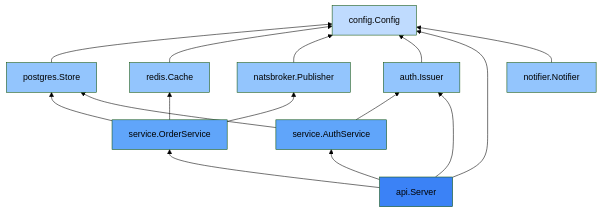
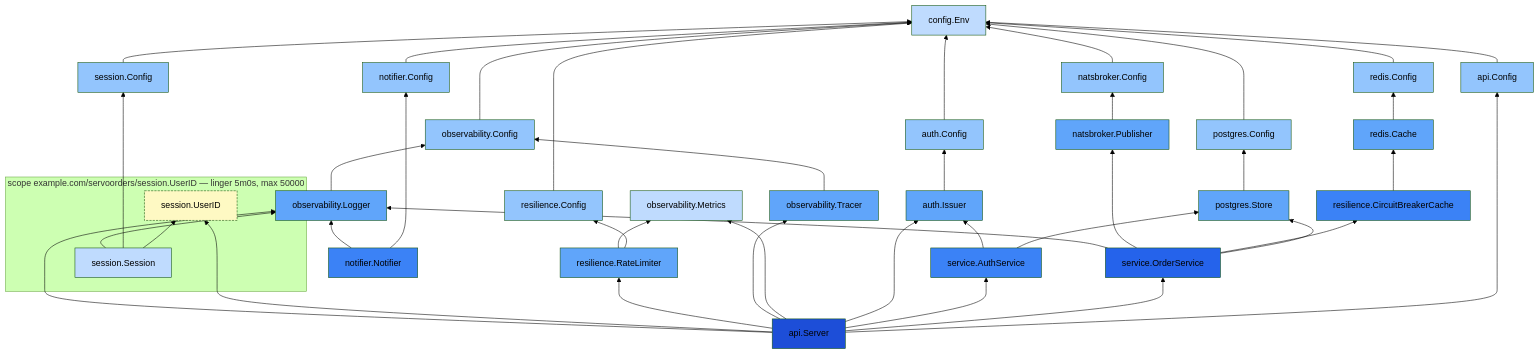
The diagram in docs/tutorial/11-wiring-with-servo.md (okian/servo), drawn with Mermaid (forest theme) before and after one commit. The commit also changed other lines of this file and 34 other files, not shown here.

````diff
--- a/docs/tutorial/11-wiring-with-servo.md
+++ b/docs/tutorial/11-wiring-with-servo.md
@@ -243,30 +347,75 @@
 ```mermaid
 graph BT
-  n0["config.Config"]:::level1
-  n1["postgres.Store"]:::level2
-  n2["redis.Cache"]:::level2
-  n3["natsbroker.Publisher"]:::level2
-  n4["service.OrderService"]:::level3
-  n5["auth.Issuer"]:::level2
-  n6["service.AuthService"]:::level3
-  n7["api.Server"]:::level4
-  n8["notifier.Notifier"]:::level2
+  n0["config.Env"]:::level1
+  n1["session.Config"]:::level2
+  n2["observability.Config"]:::level2
+  n3["observability.Logger"]:::level3
+  n4["api.Config"]:::level2
+  n5["postgres.Config"]:::level2
+  n6["postgres.Store"]:::level3
+  n7["redis.Config"]:::level2
+  n8["redis.Cache"]:::level3
+  n9["resilience.CircuitBreakerCache"]:::level4
+  n10["natsbroker.Config"]:::level2
+  n11["natsbroker.Publisher"]:::level3
+  n12["service.OrderService"]:::level5
+  n13["auth.Config"]:::level2
+  n14["auth.Issuer"]:::level3
+  n15["service.AuthService"]:::level4
+  n16["observability.Metrics"]:::level1
+  n17["observability.Tracer"]:::level3
+  n18["resilience.Config"]:::level2
+  n19["resilience.RateLimiter"]:::level3
+  n20["api.Server"]:::level6
+  n21["notifier.Config"]:::level2
+  n22["notifier.Notifier"]:::level4
+  subgraph scope0["scope example.com/servoorders/session.UserID — linger 5m0s, max 50000"]
+    k0["session.UserID"]:::scopekey
+    n23["session.Session"]:::level1
+  end
   n1 --> n0
   n2 --> n0
-  n3 --> n0
-  n4 --> n1
-  n4 --> n2
-  n4 --> n3
+  n3 --> n2
+  n4 --> n0
   n5 --> n0
-  n6 --> n1
   n6 --> n5
   n7 --> n0
-  n7 --> n4
-  n7 --> n6
-  n7 --> n5
-  n8 --> n0
+  n8 --> n7
+  n9 --> n8
+  n10 --> n0
+  n11 --> n10
+  n12 --> n6
+  n12 --> n9
+  n12 --> n11
+  n12 --> n3
+  n13 --> n0
+  n14 --> n13
+  n15 --> n6
+  n15 --> n14
+  n17 --> n2
+  n18 --> n0
+  n19 --> n18
+  n19 --> n16
+  n20 --> n4
+  n20 --> n12
+  n20 --> n15
+  n20 --> n14
+  n20 --> n16
+  n20 --> n17
+  n20 --> n19
+  n20 --> k0
+  n20 --> n3
+  n21 --> n0
+  n22 --> n21
+  n22 --> n3
+  n23 --> k0
+  n23 --> n1
+  n23 --> n3
   classDef level1 fill:#bfdbfe;
   classDef level2 fill:#93c5fd;
   classDef level3 fill:#60a5fa;
   classDef level4 fill:#3b82f6;
+  classDef level5 fill:#2563eb;
+  classDef level6 fill:#1d4ed8;
+  classDef scopekey fill:#fef9c3,stroke-dasharray: 4 2;
 ```
````
